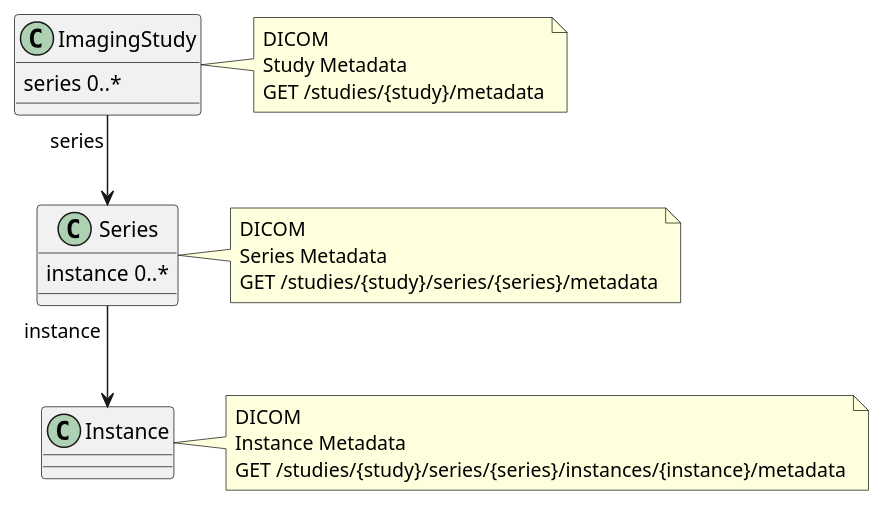
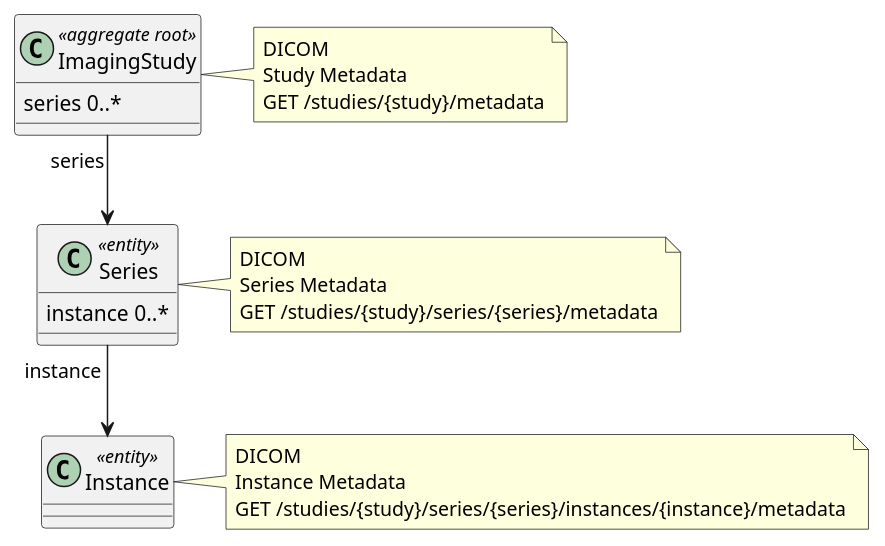
One commit to NHSDigital/national-imaging-repository-specification changed the diagram in input/images-source/datamodel-imaging-study.plantuml. Above: the diagram before and after it, drawn with PlantUML.

Commit message:
DICOM KOS

```diff
--- a/input/images-source/datamodel-imaging-study.plantuml
+++ b/input/images-source/datamodel-imaging-study.plantuml
@@ -1,35 +1,35 @@
 @startuml
 
-class ImagingStudy {
+class ImagingStudy <<aggregate root>> {
 series 0..*
 }
 note right
 DICOM
 Study Metadata
 GET /studies/{study}/metadata
 end note
 
 
 
-class Series {
+class Series <<entity>> {
 instance 0..*
 }
 note right
 DICOM
 Series Metadata
 GET /studies/{study}/series/{series}/metadata
 end note
 
 
-class Instance
+class Instance  <<entity>>
 note right
 DICOM
 Instance Metadata
 GET /studies/{study}/series/{series}/instances/{instance}/metadata
 end note
 
 
 ImagingStudy "series" --> Series
 Series "instance" --> Instance
 
 @enduml
```
